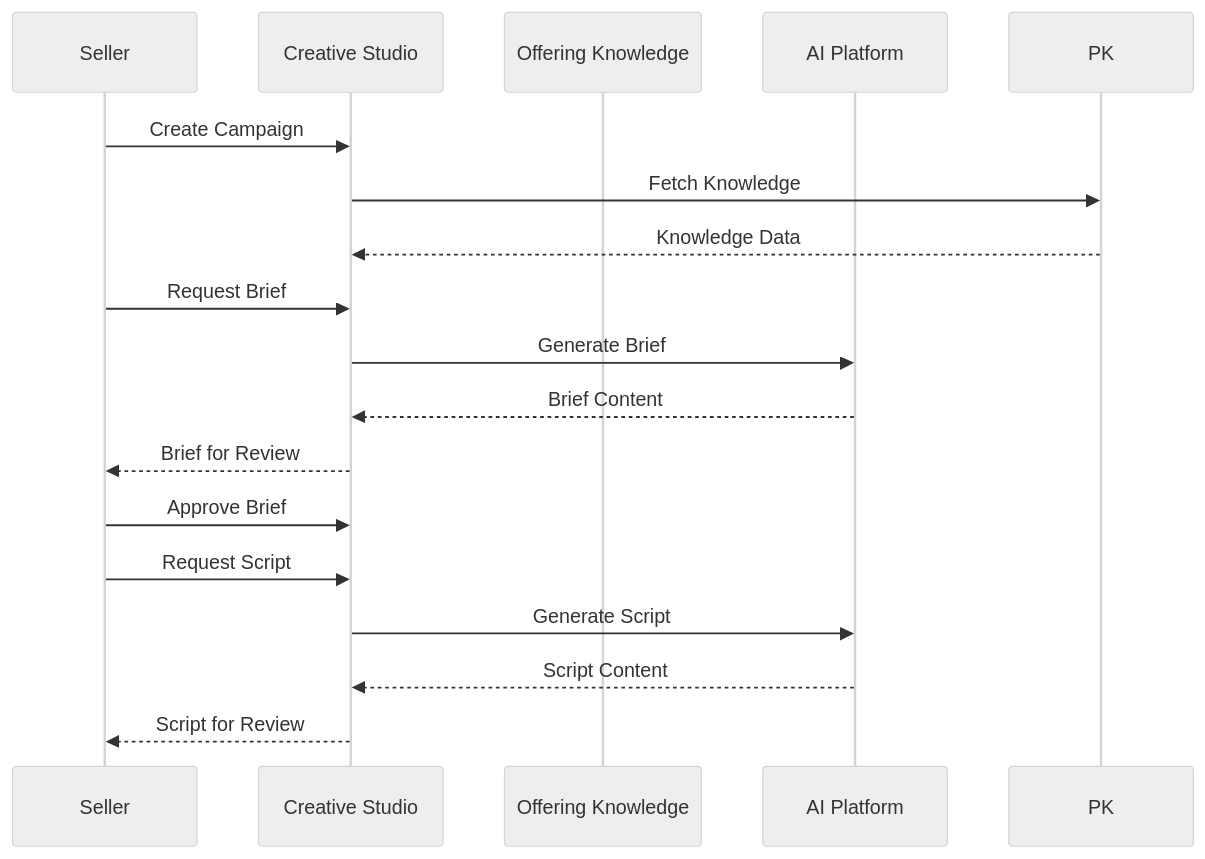
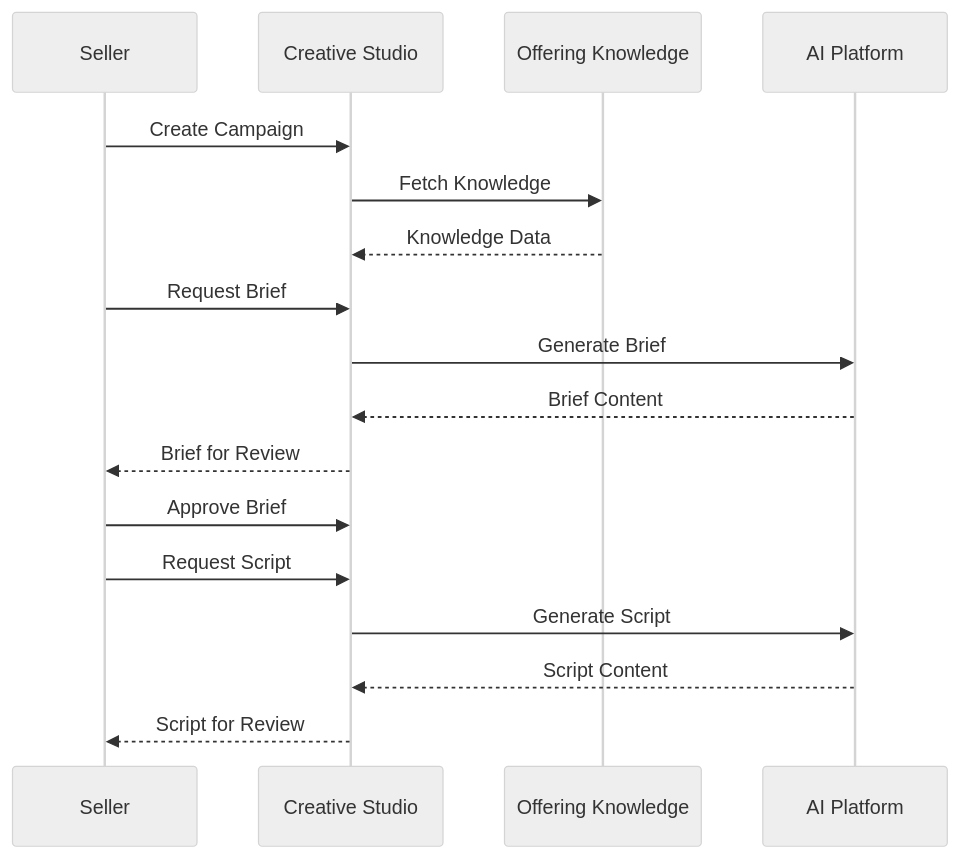
One commit to petkao/pinkcurve-blueprint changed the third of 3 diagrams in docs/05-creative-studio.md. Above: the diagram before and after it, drawn with Mermaid (neutral theme). The commit also changed other lines of this file and 11 other files, not shown here.

Commit message:
Refine PinkCurve architecture around Offering-centric discovery model

````diff
--- a/docs/05-creative-studio.md
+++ b/docs/05-creative-studio.md
@@ -216,20 +233,20 @@
 ```mermaid
 sequenceDiagram
     participant S as Seller
     participant CS as Creative Studio
     participant OK as Offering Knowledge
     participant AI as AI Platform
 
     S->>CS: Create Campaign
-    CS->>PK: Fetch Knowledge
-    PK-->>CS: Knowledge Data
+    CS->>OK: Fetch Knowledge
+    OK-->>CS: Knowledge Data
     S->>CS: Request Brief
     CS->>AI: Generate Brief
     AI-->>CS: Brief Content
     CS-->>S: Brief for Review
     S->>CS: Approve Brief
     S->>CS: Request Script
     CS->>AI: Generate Script
     AI-->>CS: Script Content
     CS-->>S: Script for Review
 ```
````
